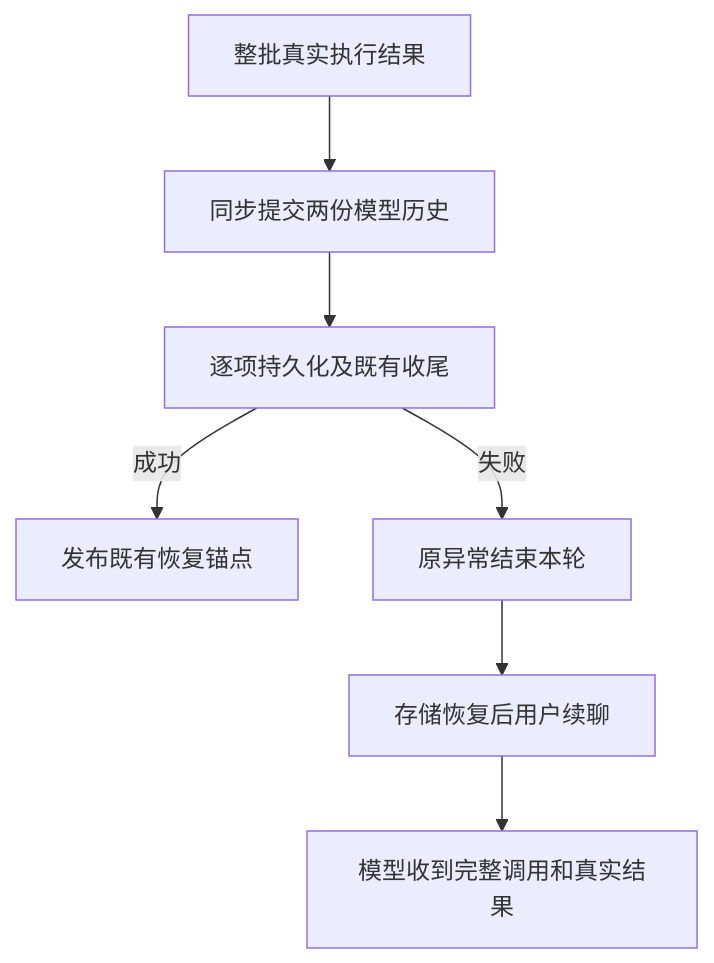
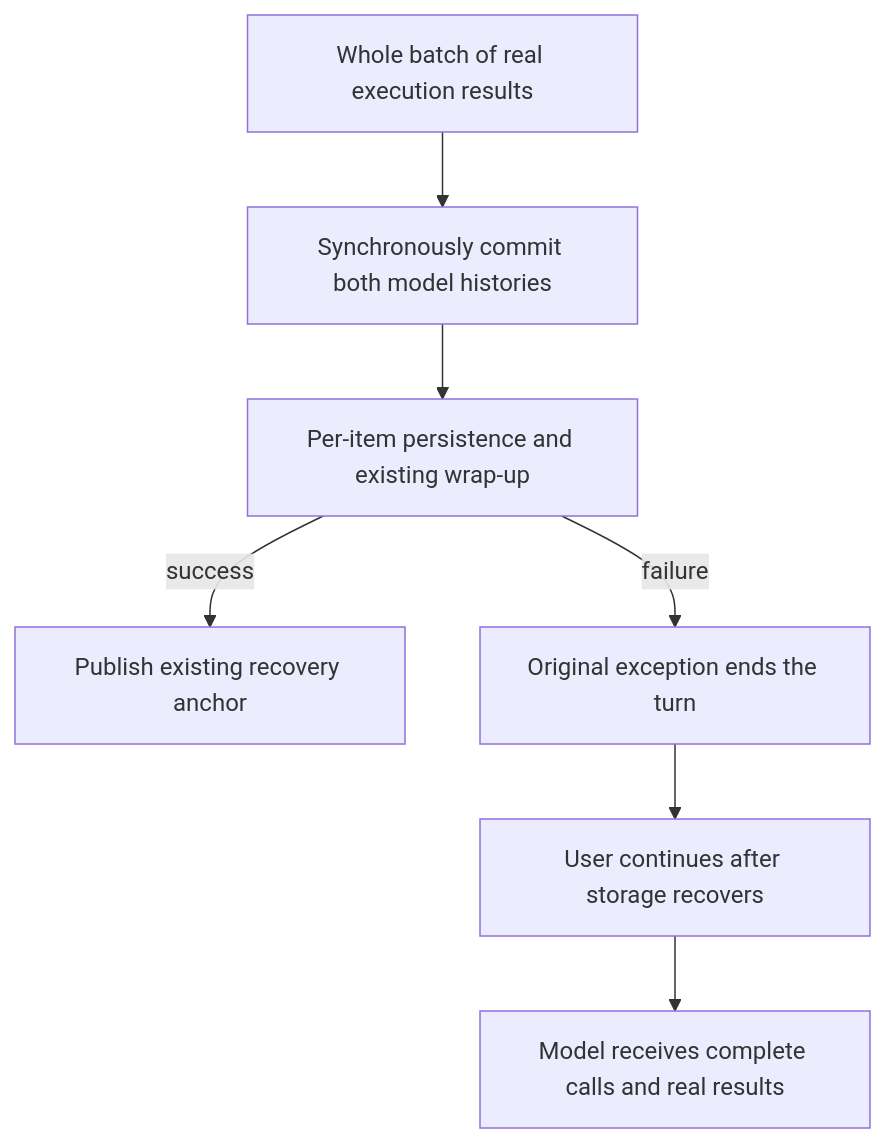
One commit to osben/ZCode changed the third of 3 diagrams in docs/testing/stop-tool-results-reproduction.md. Above: the diagram before and after it, drawn with Mermaid. The commit also changed other lines of this file and 17 other files, not shown here.

````diff
--- a/docs/testing/stop-tool-results-reproduction.md
+++ b/docs/testing/stop-tool-results-reproduction.md
@@ -112,9 +109,9 @@
 ```mermaid
 flowchart TD
-    A[整批真实执行结果] --> B[同步提交两份模型历史]
-    B --> C[逐项持久化及既有收尾]
-    C -->|成功| D[发布既有恢复锚点]
-    C -->|失败| E[原异常结束本轮]
-    E --> F[存储恢复后用户续聊]
-    F --> G[模型收到完整调用和真实结果]
+    A[Whole batch of real execution results] --> B[Synchronously commit both model histories]
+    B --> C[Per-item persistence and existing wrap-up]
+    C -->|success| D[Publish existing recovery anchor]
+    C -->|failure| E[Original exception ends the turn]
+    E --> F[User continues after storage recovers]
+    F --> G[Model receives complete calls and real results]
 ```
````
